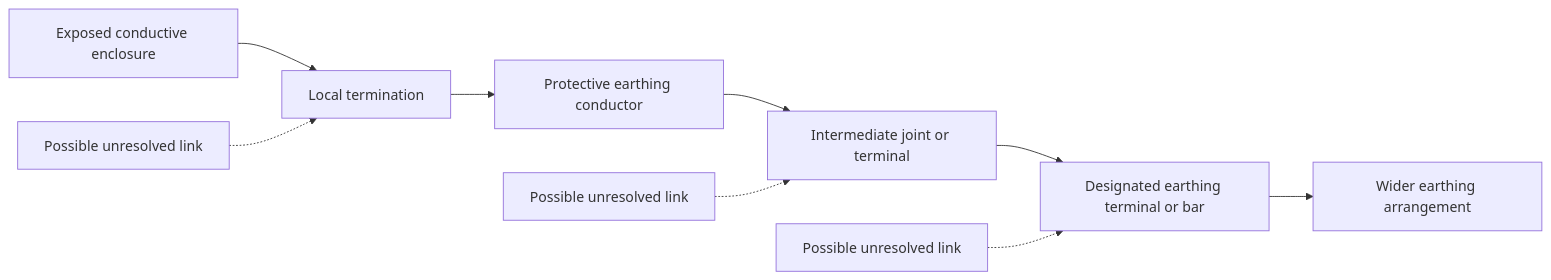
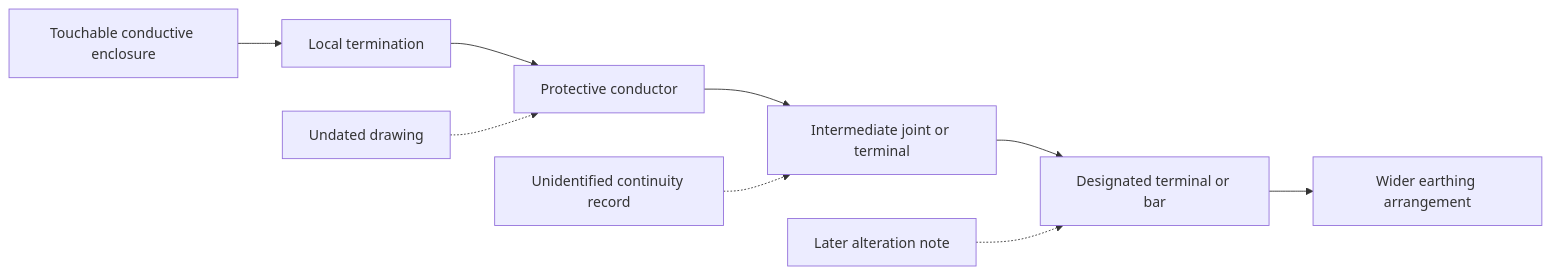
One commit to andrew3stedall/capstone changed the second of 2 diagrams in docs/learning-plans/12-week/modules/day-16-protective-earthing-continuity-and-exposed-conductive-parts.md. Above: the diagram before and after it, drawn with Mermaid. The commit also changed other lines of this file, not shown here.

Commit message:
Improve Day 16 continuity reasoning

````diff
--- a/docs/learning-plans/12-week/modules/day-16-protective-earthing-continuity-and-exposed-conductive-parts.md
+++ b/docs/learning-plans/12-week/modules/day-16-protective-earthing-continuity-and-exposed-conductive-parts.md
@@ -128,11 +146,11 @@
 ```mermaid
 flowchart LR
-    E["Exposed conductive enclosure"] --> T1["Local termination"]
-    T1 --> P["Protective earthing conductor"]
+    E["Touchable conductive enclosure"] --> T1["Local termination"]
+    T1 --> P["Protective conductor"]
     P --> J["Intermediate joint or terminal"]
-    J --> M["Designated earthing terminal or bar"]
-    M --> S["Wider earthing arrangement"]
-    X1["Possible unresolved link"] -.-> T1
-    X2["Possible unresolved link"] -.-> J
-    X3["Possible unresolved link"] -.-> M
+    J --> M["Designated terminal or bar"]
+    M --> W["Wider earthing arrangement"]
+    R1["Undated drawing"] -.-> P
+    R2["Unidentified continuity record"] -.-> J
+    R3["Later alteration note"] -.-> M
 ```
````
